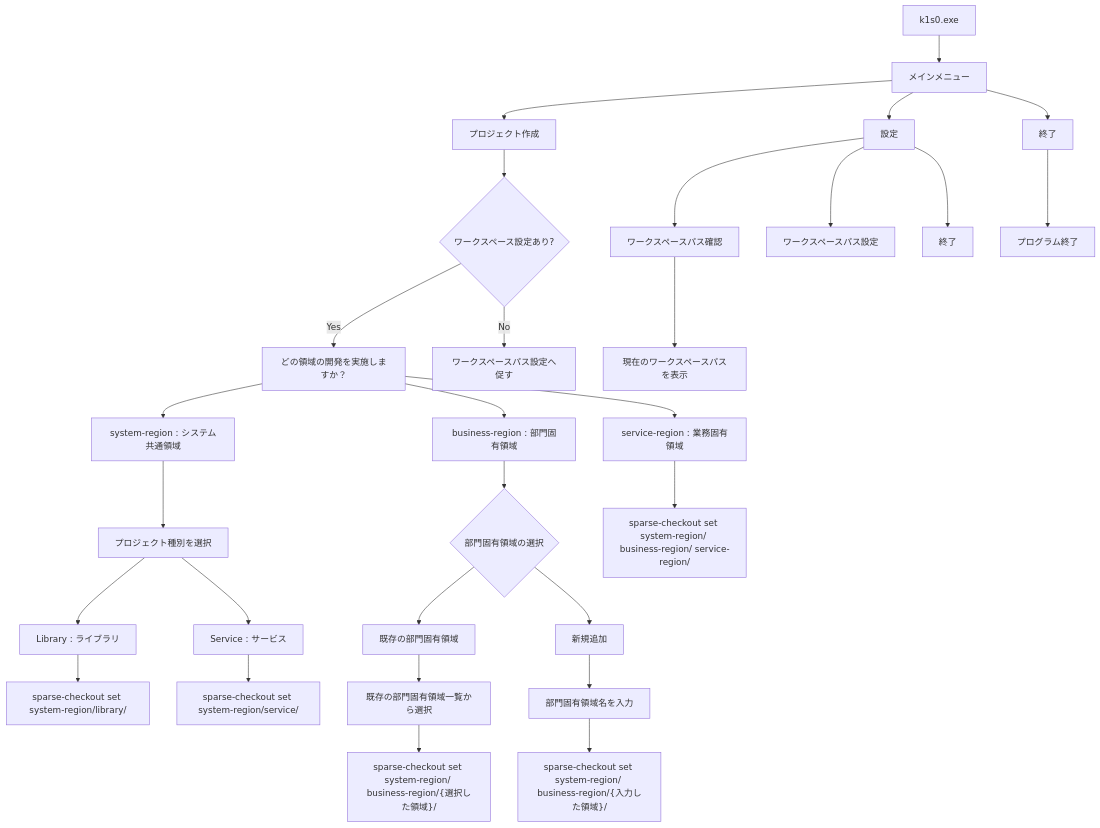
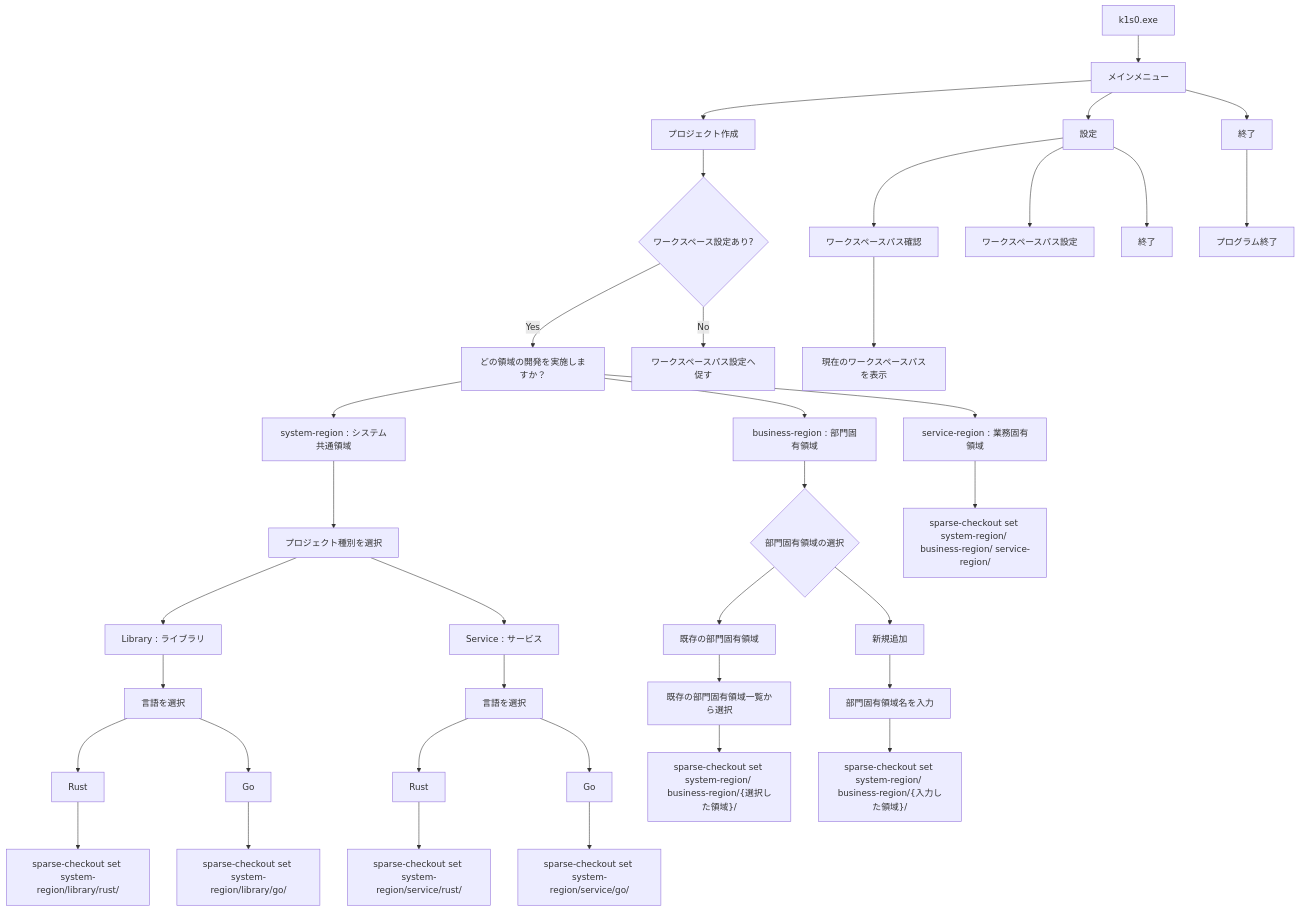
The diagram in docs/CLI設計書.md (RyuheiKiso/k1s0), drawn with Mermaid before and after one commit. The commit also changed other lines of this file and 8 other files, not shown here.

````diff
--- a/docs/CLI設計書.md
+++ b/docs/CLI設計書.md
@@ -47,36 +49,44 @@
 ```mermaid
 flowchart TD
     A["k1s0.exe"] --> B["メインメニュー"]
 
     B --> C["プロジェクト作成"]
     B --> D["設定"]
     B --> E["終了"]
 
     C --> F{"ワークスペース設定あり?"}
     F -->|Yes| G["どの領域の開発を実施しますか？"]
     G --> G1["system-region : システム共通領域"]
     G --> G2["business-region : 部門固有領域"]
     G --> G3["service-region : 業務固有領域"]
     G1 --> PT["プロジェクト種別を選択"]
     PT --> PT1["Library : ライブラリ"]
     PT --> PT2["Service : サービス"]
-    PT1 --> SC1a["sparse-checkout set system-region/library/"]
-    PT2 --> SC1b["sparse-checkout set system-region/service/"]
+    PT1 --> LLang["言語を選択"]
+    LLang --> LLang1["Rust"]
+    LLang --> LLang2["Go"]
+    LLang1 --> SC1aR["sparse-checkout set system-region/library/rust/"]
+    LLang2 --> SC1aG["sparse-checkout set system-region/library/go/"]
+    PT2 --> SLang["言語を選択"]
+    SLang --> SLang1["Rust"]
+    SLang --> SLang2["Go"]
+    SLang1 --> SC1bR["sparse-checkout set system-region/service/rust/"]
+    SLang2 --> SC1bG["sparse-checkout set system-region/service/go/"]
     G2 --> BR{"部門固有領域の選択"}
     BR --> BR1["既存の部門固有領域"]
     BR --> BR2["新規追加"]
     BR1 --> BRL["既存の部門固有領域一覧から選択"]
     BRL --> SC2["sparse-checkout set system-region/ business-region/{選択した領域}/"]
     BR2 --> BRN["部門固有領域名を入力"]
     BRN --> SC2N["sparse-checkout set system-region/ business-region/{入力した領域}/"]
     G3 --> SC3["sparse-checkout set system-region/ business-region/ service-region/"]
     F -->|No| H["ワークスペースパス設定へ促す"]
 
     D --> I["ワークスペースパス確認"]
     D --> L["ワークスペースパス設定"]
     D --> J["終了"]
 
     I --> I1["現在のワークスペースパスを表示"]
 
     E --> K["プログラム終了"]
 ```
````
